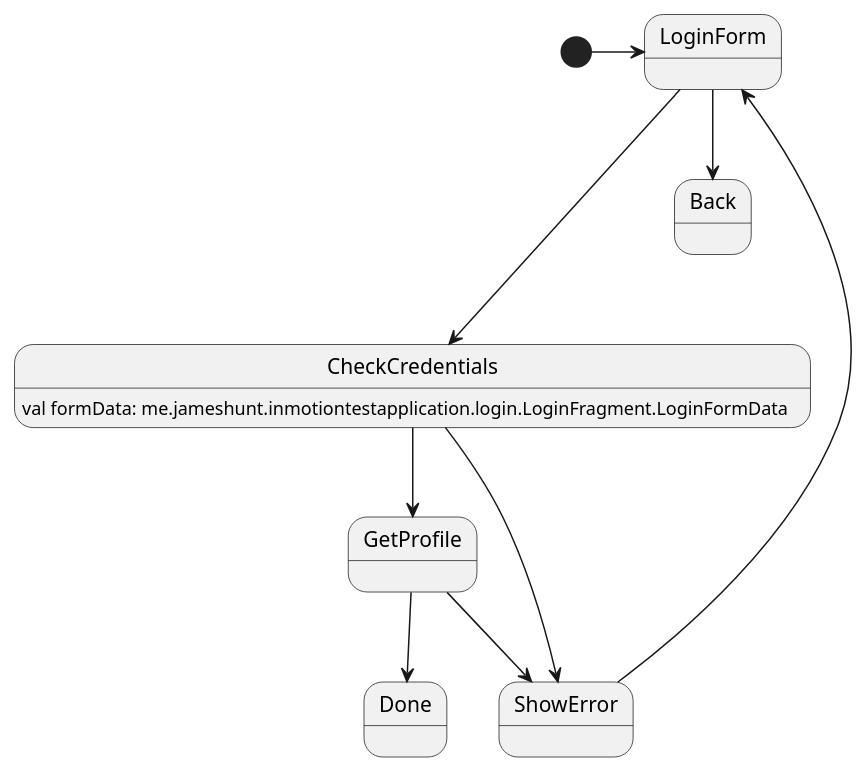
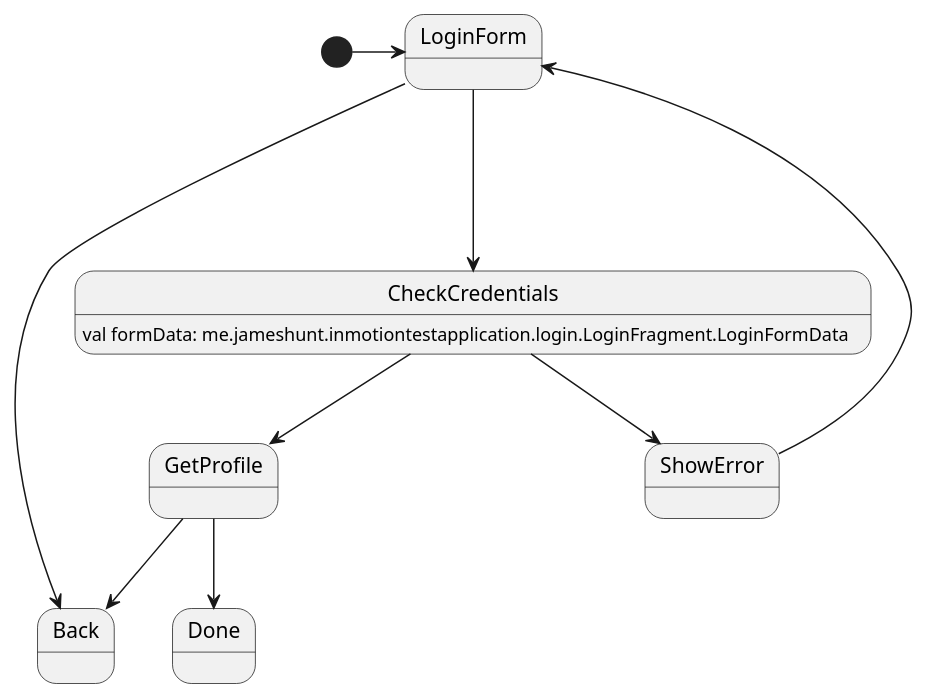
One commit to huntj88/FlowSampleApp changed the diagram in app/src/main/java/me/jameshunt/inmotiontestapplication/login/Login.puml. Above: the diagram before and after it, drawn with PlantUML. The commit also changed 1 other file, not shown here.

Commit message:
promise wrapper around business flow to handle android back, even though BusinessFlowControllers don't have a concept of going back

```diff
--- a/app/src/main/java/me/jameshunt/inmotiontestapplication/login/Login.puml
+++ b/app/src/main/java/me/jameshunt/inmotiontestapplication/login/Login.puml
@@ -1,18 +1,18 @@
 @startuml
 
 [*] -> LoginForm
 
 CheckCredentials : val formData: me.jameshunt.inmotiontestapplication.login.LoginFragment.LoginFormData
 
 LoginForm ---> CheckCredentials
 LoginForm --> Back
 
 CheckCredentials --> GetProfile
 CheckCredentials --> ShowError
 
 ShowError --> LoginForm
 
 GetProfile --> Done
-GetProfile --> ShowError
+GetProfile --> Back
 
 @enduml
```
